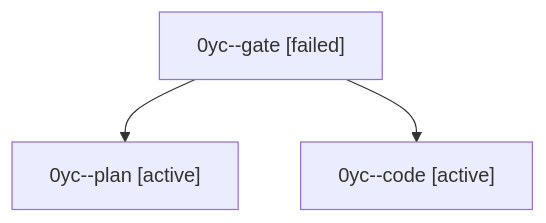
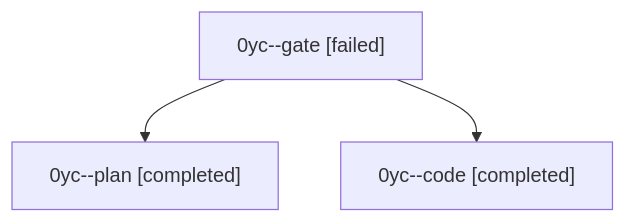
The diagram in sessions/bbugyi200.athena.0yc.md (bobs-org/bob-cli--agents), drawn with Mermaid before and after one commit. The commit also changed other lines of this file and 70 other files, not shown here.

````diff
--- a/sessions/bbugyi200.athena.0yc.md
+++ b/sessions/bbugyi200.athena.0yc.md
@@ -9,8 +9,8 @@
 ```mermaid
 flowchart TD
   n0["0yc--gate [failed]"]
-  n1["0yc--plan [active]"]
+  n1["0yc--plan [completed]"]
   n0 --> n1
-  n2["0yc--code [active]"]
+  n2["0yc--code [completed]"]
   n0 --> n2
 ```
````
